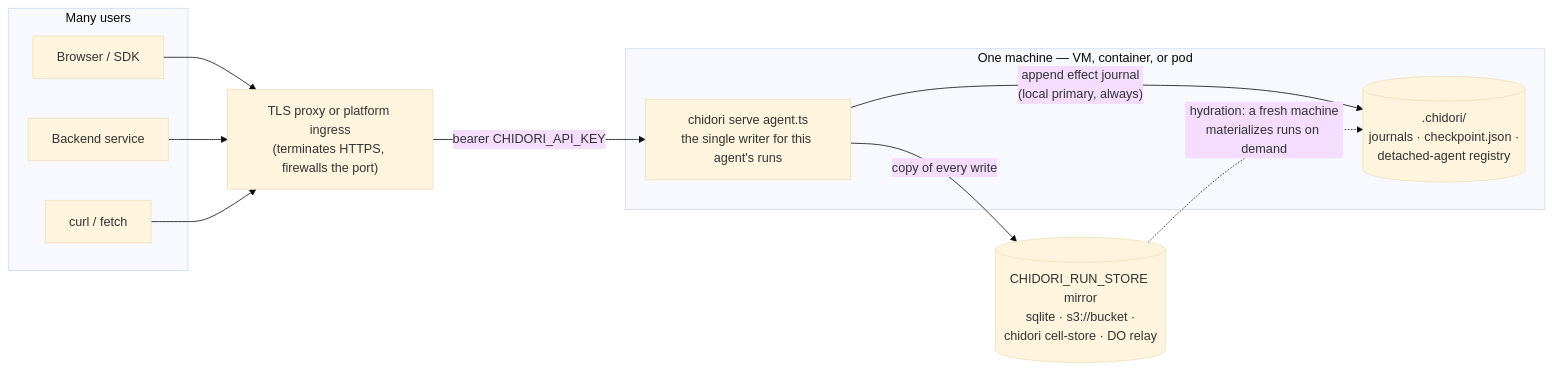
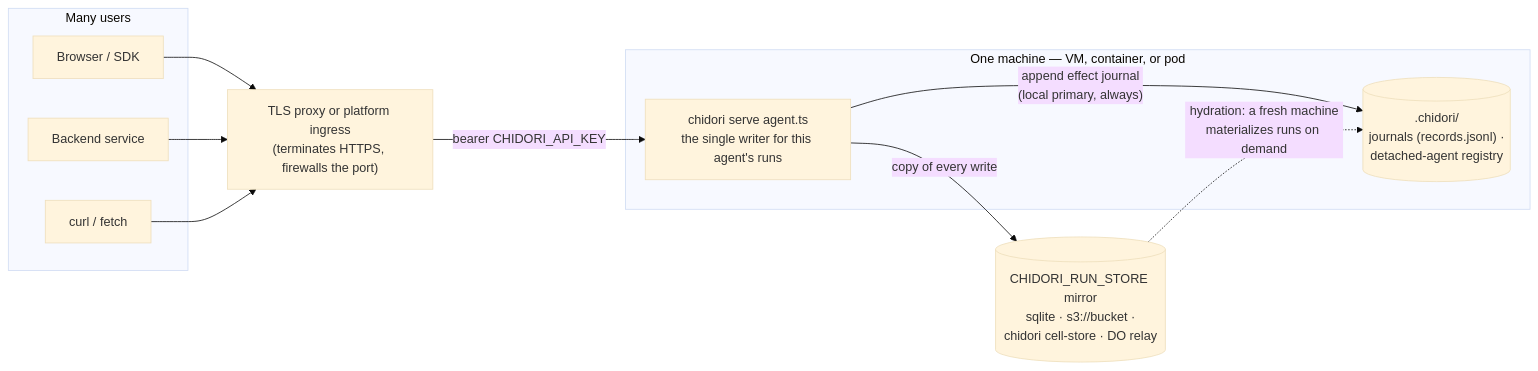
The first of 4 diagrams in docs/deployment.md (ThousandBirdsInc/chidori), drawn with Mermaid (base theme) before and after one commit. The commit also changed other lines of this file and 25 other files, not shown here.

````diff
--- a/docs/deployment.md
+++ b/docs/deployment.md
@@ -25,25 +25,25 @@
 ```mermaid
 flowchart LR
     subgraph clients["Many users"]
         u1["Browser / SDK"]
         u2["Backend service"]
         u3["curl / fetch"]
     end
 
     proxy["TLS proxy or platform ingress<br/>(terminates HTTPS, firewalls the port)"]
 
     subgraph host["One machine — VM, container, or pod"]
         server["chidori serve agent.ts<br/>the single writer for this agent's runs"]
-        state[(".chidori/<br/>journals · checkpoint.json ·<br/>detached-agent registry")]
+        state[(".chidori/<br/>journals (records.jsonl) ·<br/>detached-agent registry")]
     end
 
     mirror[("CHIDORI_RUN_STORE mirror<br/>sqlite · s3://bucket ·<br/>chidori cell-store · DO relay")]
 
     u1 --> proxy
     u2 --> proxy
     u3 --> proxy
     proxy -->|"bearer CHIDORI_API_KEY"| server
     server -->|"append effect journal<br/>(local primary, always)"| state
     server -->|"copy of every write"| mirror
     mirror -.->|"hydration: a fresh machine<br/>materializes runs on demand"| state
 ```
````
